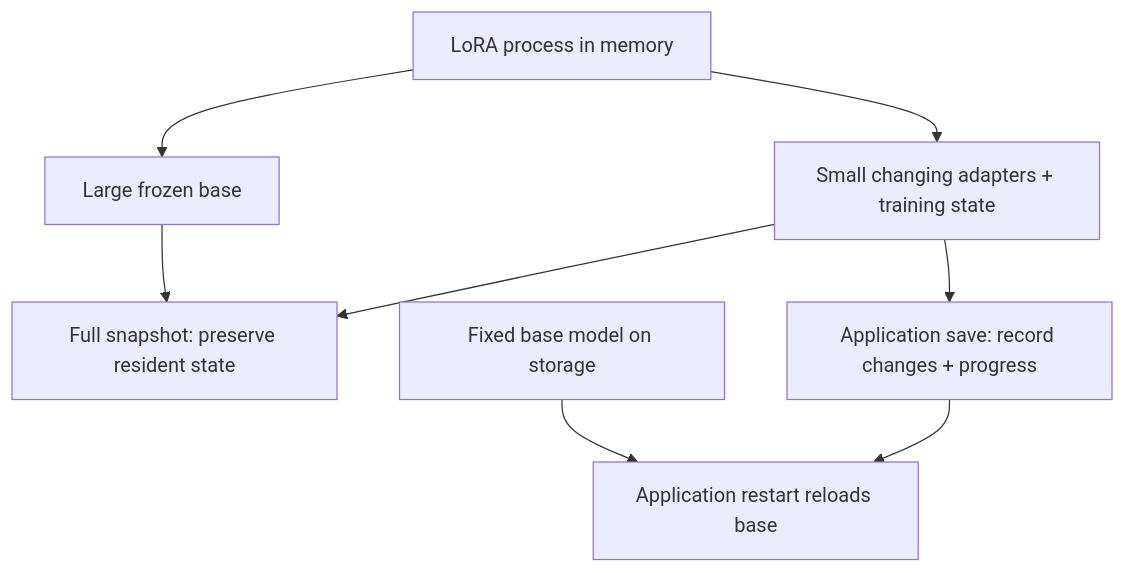
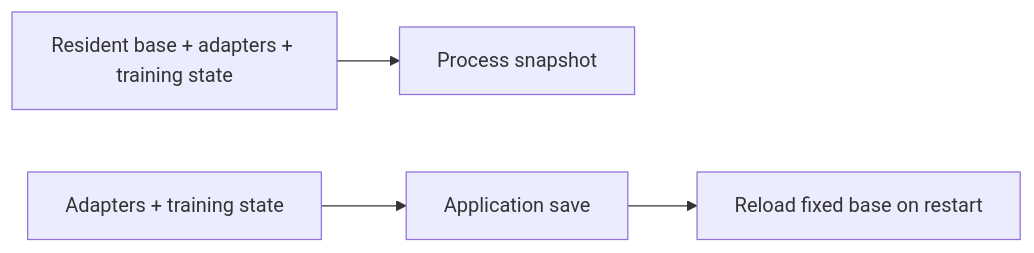
The diagram in research/single-gpu-finetuning.md (Akash-Suryawanshi/gpu-checkpointing), drawn with Mermaid before and after one commit. The commit also changed other lines of this file and 1 other file, not shown here.

````diff
--- a/research/single-gpu-finetuning.md
+++ b/research/single-gpu-finetuning.md
@@ -80,10 +60,6 @@
 ```mermaid
-flowchart TB
-    A["LoRA process in memory"] --> B["Large frozen base"]
-    A --> C["Small changing adapters + training state"]
-    B --> D["Full snapshot: preserve resident state"]
-    C --> D
-    C --> E["Application save: record changes + progress"]
-    F["Fixed base model on storage"] --> G["Application restart reloads base"]
-    E --> G
+flowchart LR
+    A[Resident base + adapters + training state] --> B[Process snapshot]
+    C[Adapters + training state] --> D[Application save]
+    D --> E[Reload fixed base on restart]
 ```
````
